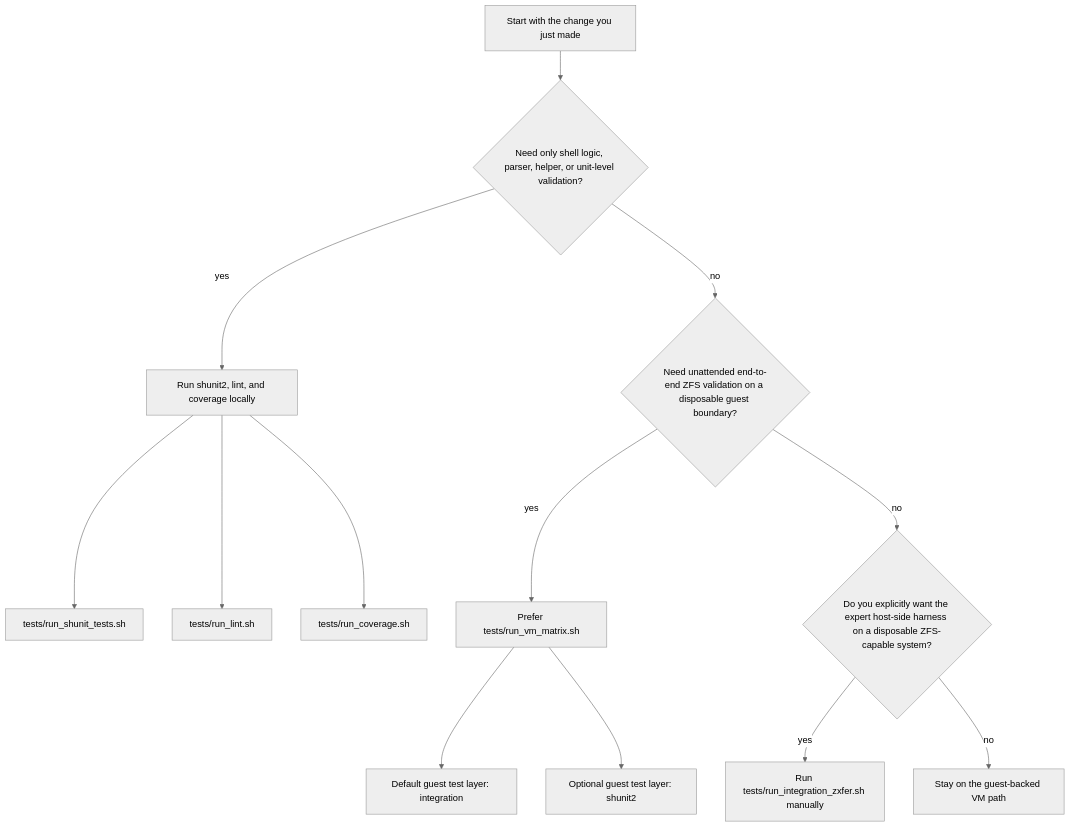
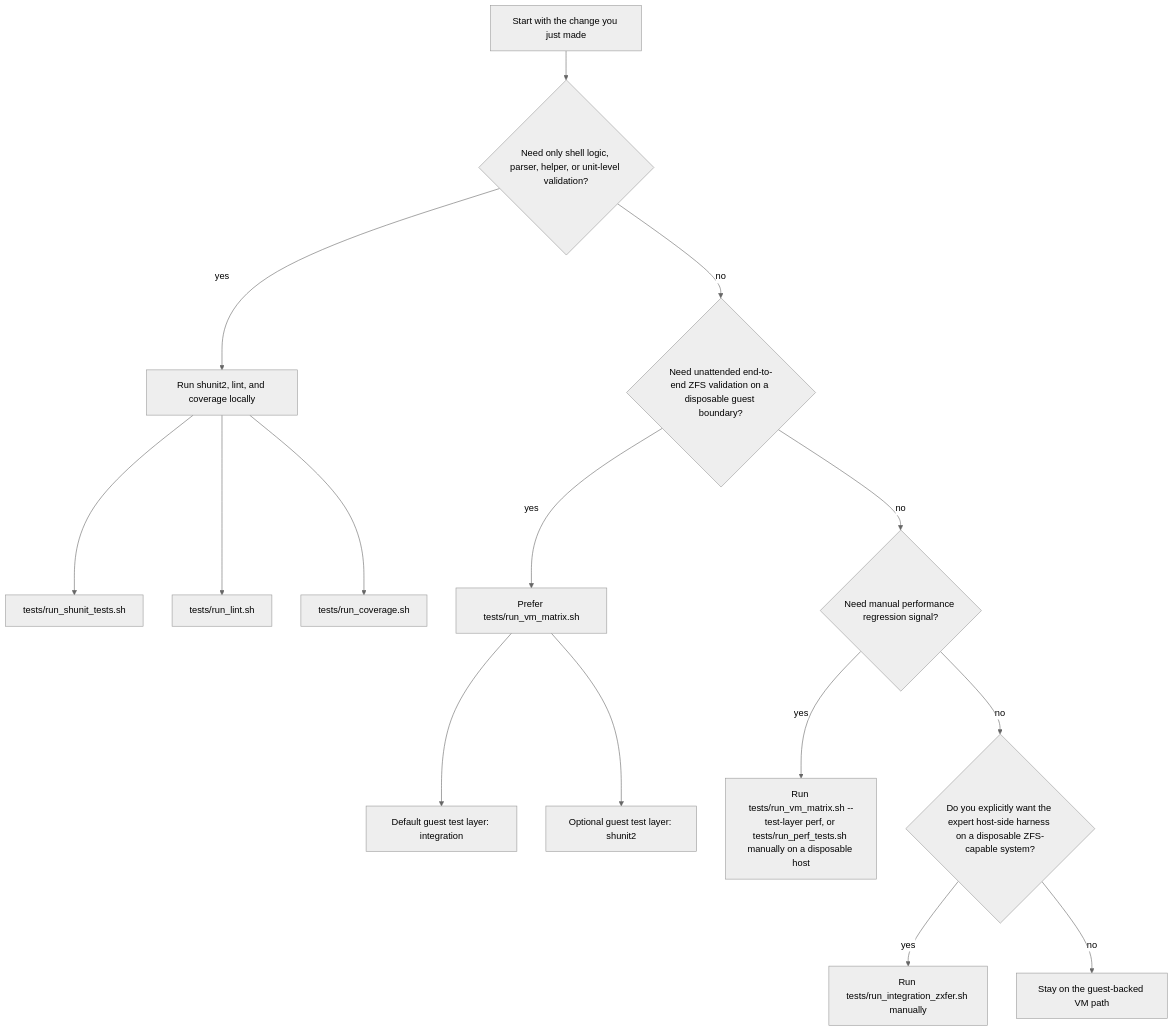
Before and after one commit to totalAldo/zxfer: the first of 2 diagrams in docs/testing.md, drawn with Mermaid (neutral theme). The commit also changed other lines of this file and 22 other files, not shown here.

First line of the commit message:
Add performance tests

````diff
--- a/docs/testing.md
+++ b/docs/testing.md
@@ -32,15 +36,17 @@
 ```mermaid
 flowchart TD
     A["Start with the change you just made"] --> B{"Need only shell logic, parser, helper, or unit-level validation?"}
     B -->|yes| C["Run shunit2, lint, and coverage locally"]
     C --> D["tests/run_shunit_tests.sh"]
     C --> E["tests/run_lint.sh"]
     C --> F["tests/run_coverage.sh"]
     B -->|no| G{"Need unattended end-to-end ZFS validation on a disposable guest boundary?"}
     G -->|yes| H["Prefer tests/run_vm_matrix.sh"]
     H --> I["Default guest test layer: integration"]
     H --> J["Optional guest test layer: shunit2"]
-    G -->|no| K{"Do you explicitly want the expert host-side harness on a disposable ZFS-capable system?"}
+    G -->|no| N{"Need manual performance regression signal?"}
+    N -->|yes| O["Run tests/run_vm_matrix.sh --test-layer perf, or tests/run_perf_tests.sh manually on a disposable host"]
+    N -->|no| K{"Do you explicitly want the expert host-side harness on a disposable ZFS-capable system?"}
     K -->|yes| L["Run tests/run_integration_zxfer.sh manually"]
     K -->|no| M["Stay on the guest-backed VM path"]
 ```
````
